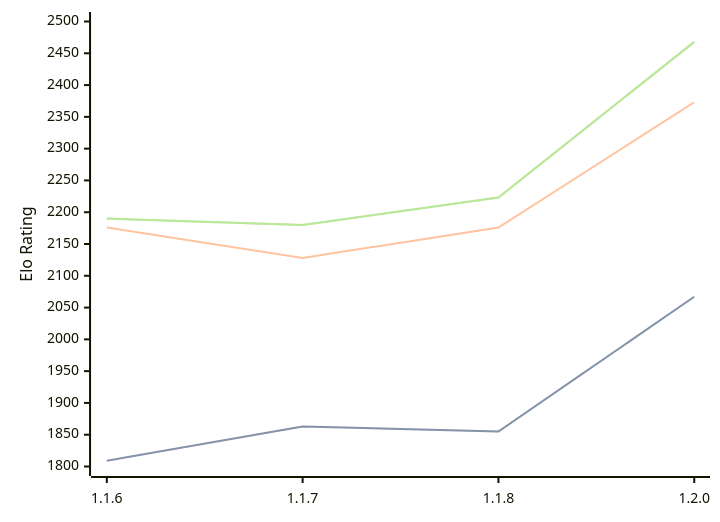
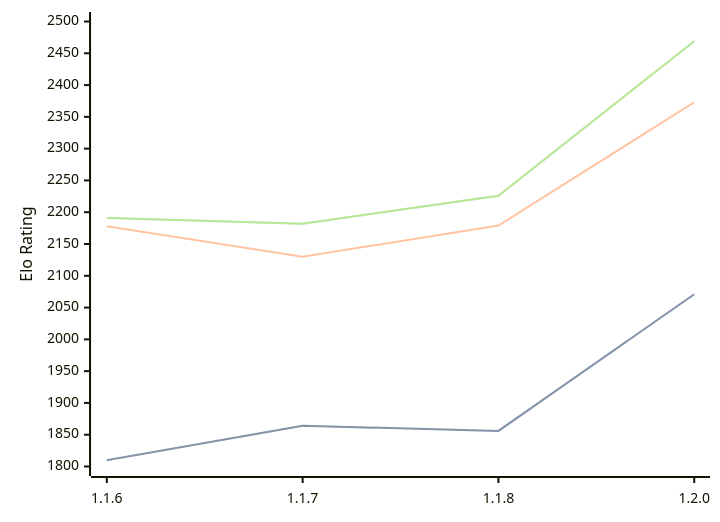
The diagram in engines/Soomi.md (computer-chess-index/cci), drawn with Mermaid before and after one commit. The commit also changed other lines of this file, not shown here.

Commit message:
Update CCI Ratings (ELO VLTC) - 2026-03-29

````diff
--- a/engines/Soomi.md
+++ b/engines/Soomi.md
@@ -34,11 +34,11 @@
 ```mermaid
 %%{init: {"theme":"base","themeVariables":{"seriesColors:['#a3a3a3','#222221','#faa371']}}}%%
 xychart-beta
   x-axis ["1.1.6", "1.1.7", "1.1.8", "1.2.0"]
   y-axis "Elo Rating" 1800 --> 2500
-  line "STC (8.0+0.08s)" [1809, 1863, 1855, 2067]
-  line "STC (8.0+0.08s)" [1809, 1863, 1855, 2067]
-  line "LTC (60.0+0.60s)" [2176, 2128, 2176, 2373]
-  line "VLTC (2m24s+1.12s)" [2190, 2180, 2223, 2468]
-  line "VLTC (2m24s+1.12s)" [2190, 2180, 2223, 2468]
+  line "STC (8.0+0.08s)" [1810, 1864, 1856, 2071]
+  line "STC (8.0+0.08s)" [1810, 1864, 1856, 2071]
+  line "LTC (60.0+0.60s)" [2178, 2130, 2179, 2373]
+  line "VLTC (2m24s+1.12s)" [2191, 2182, 2226, 2469]
+  line "VLTC (2m24s+1.12s)" [2191, 2182, 2226, 2469]
 ```
````
